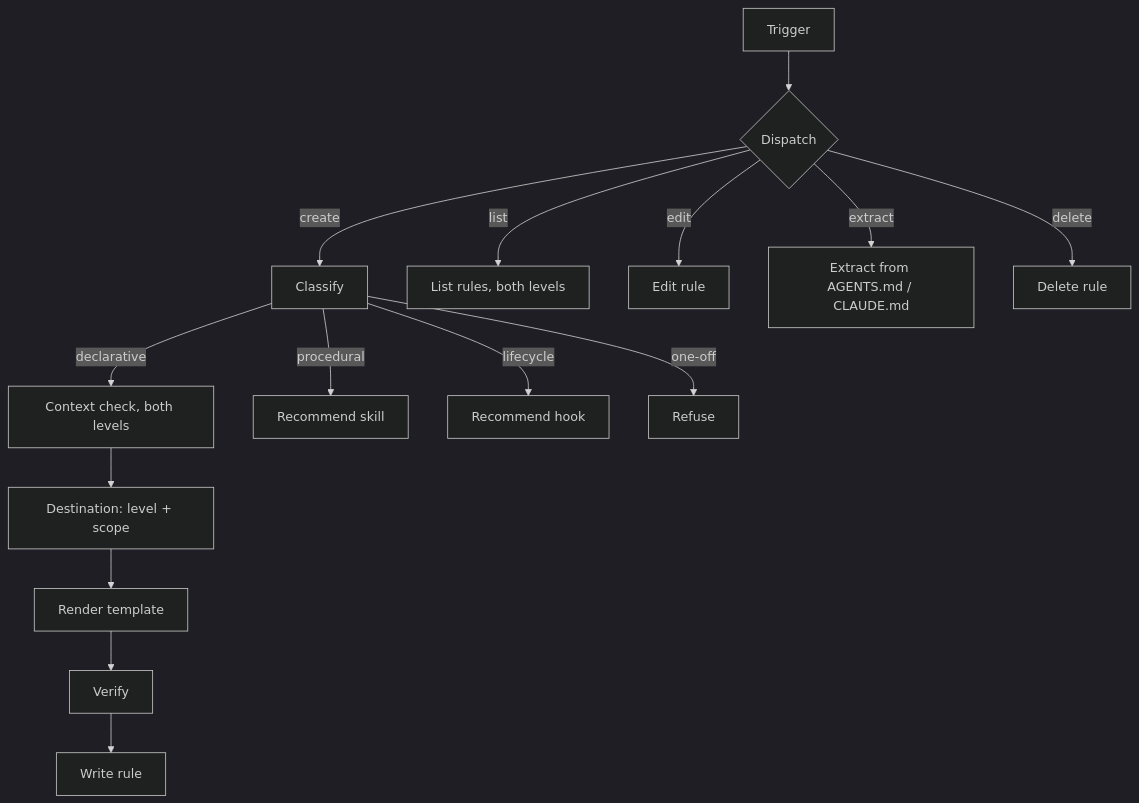
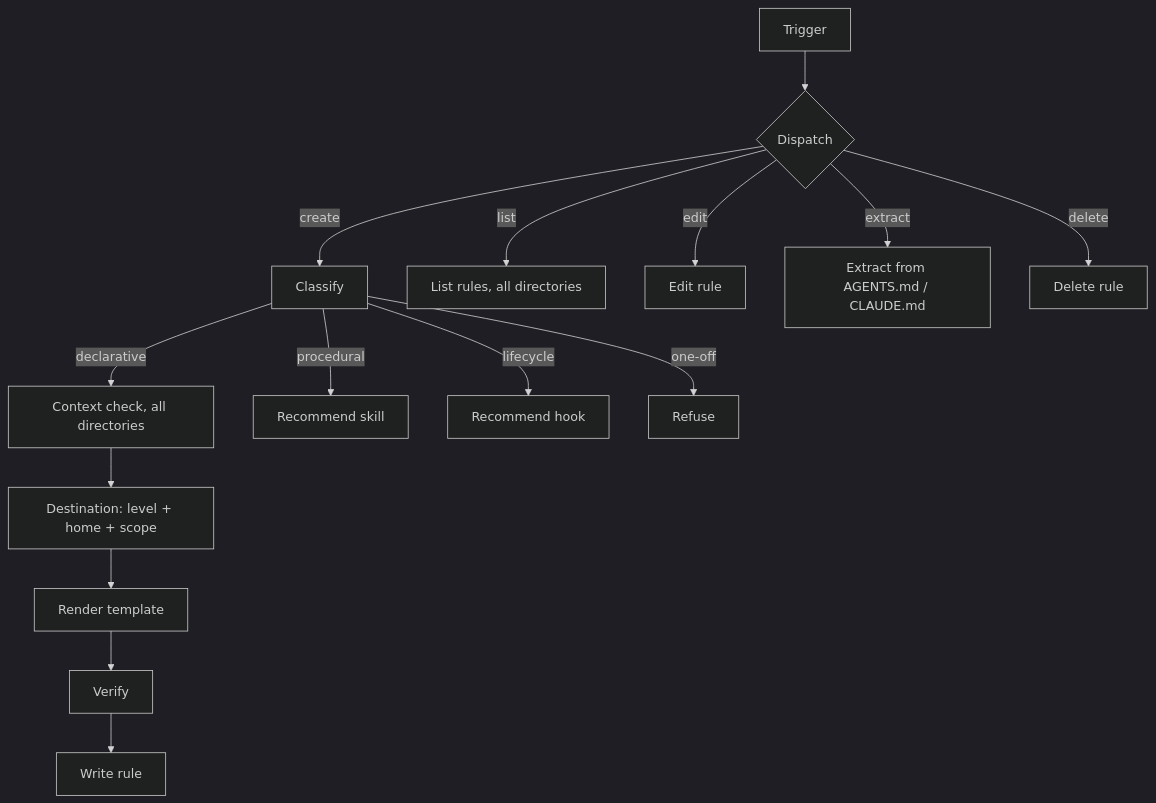
The diagram in skills/productivity/rule-creator/README.md (adeonir/agent-skills), drawn with Mermaid (dark theme) before and after one commit. The commit also changed other lines of this file and 9 other files, not shown here.

Commit message:
feat(rule-creator): add agents rules directories and script the post-write checks

````diff
--- a/skills/productivity/rule-creator/README.md
+++ b/skills/productivity/rule-creator/README.md
@@ -7,17 +7,17 @@
 ```mermaid
 flowchart TD
     T[Trigger] --> D{Dispatch}
     D -->|create| C[Classify]
-    C -->|declarative| X[Context check, both levels]
+    C -->|declarative| X[Context check, all directories]
     C -->|procedural| SK[Recommend skill]
     C -->|lifecycle| HK[Recommend hook]
     C -->|one-off| OF[Refuse]
-    X --> S[Destination: level + scope]
+    X --> S[Destination: level + home + scope]
     S --> R[Render template]
     R --> V[Verify]
     V --> W[Write rule]
-    D -->|list| L[List rules, both levels]
+    D -->|list| L[List rules, all directories]
     D -->|edit| E[Edit rule]
     D -->|extract| EX[Extract from AGENTS.md / CLAUDE.md]
     D -->|delete| DL[Delete rule]
 ```
````
